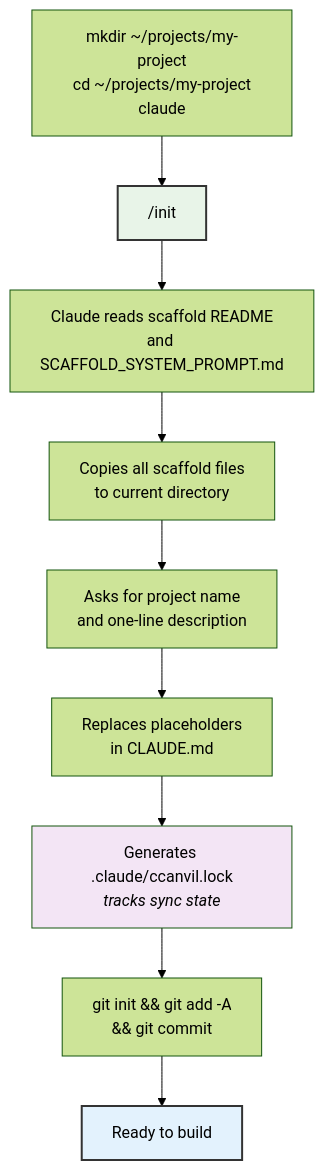
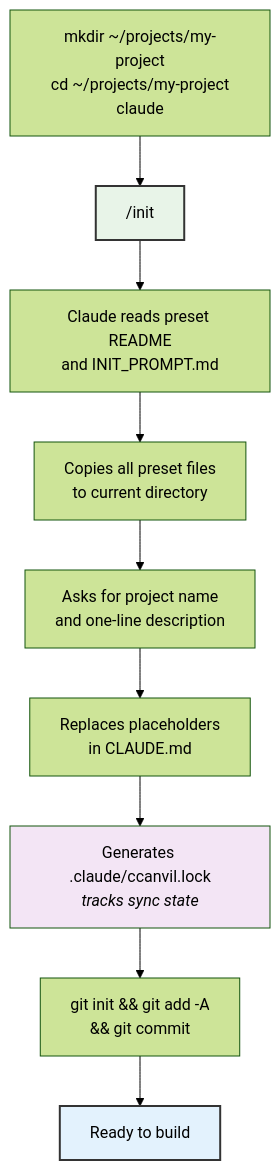
Before and after one commit to goldhaxx/fucina: the second of 2 diagrams in .ccanvil/guide/getting-started.md, drawn with Mermaid (forest theme). The commit also changed 44 other files, not shown here.

````diff
--- a/.ccanvil/guide/getting-started.md
+++ b/.ccanvil/guide/getting-started.md
@@ -19,15 +19,15 @@
 ```mermaid
 flowchart TD
     A["mkdir ~/projects/my-project<br/>cd ~/projects/my-project<br/>claude"] --> B["/init"]
-    B --> C["Claude reads scaffold README<br/>and SCAFFOLD_SYSTEM_PROMPT.md"]
-    C --> D["Copies all scaffold files<br/>to current directory"]
+    B --> C["Claude reads preset README<br/>and INIT_PROMPT.md"]
+    C --> D["Copies all preset files<br/>to current directory"]
     D --> E["Asks for project name<br/>and one-line description"]
     E --> F["Replaces placeholders<br/>in CLAUDE.md"]
     F --> G["Generates .claude/ccanvil.lock<br/><i>tracks sync state</i>"]
     G --> H["git init && git add -A<br/>&& git commit"]
     H --> I["Ready to build"]
 
     style B fill:#e8f4e8,stroke:#333,stroke-width:2px
     style G fill:#f3e5f5
     style I fill:#e3f2fd,stroke:#333,stroke-width:2px
 ```
````
